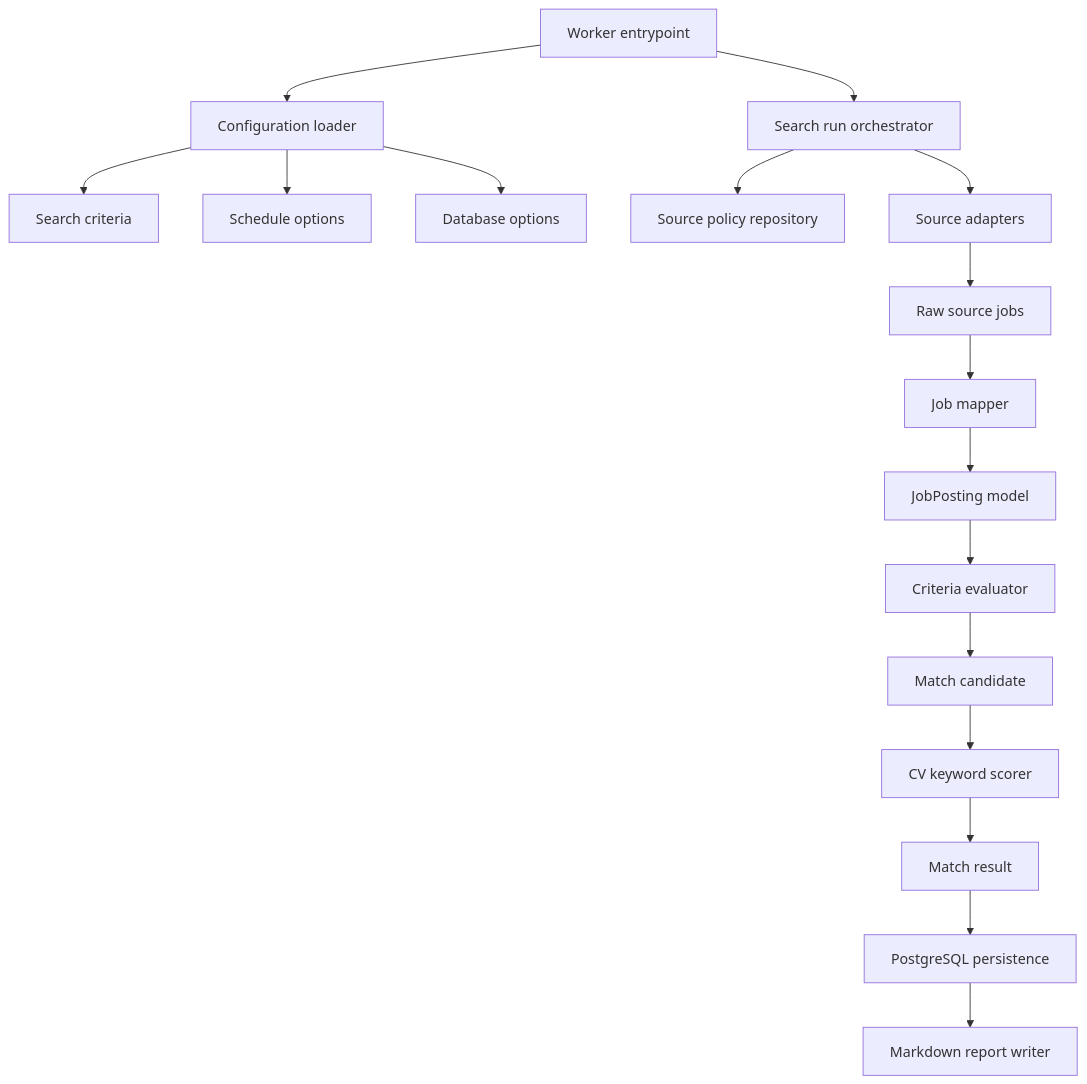
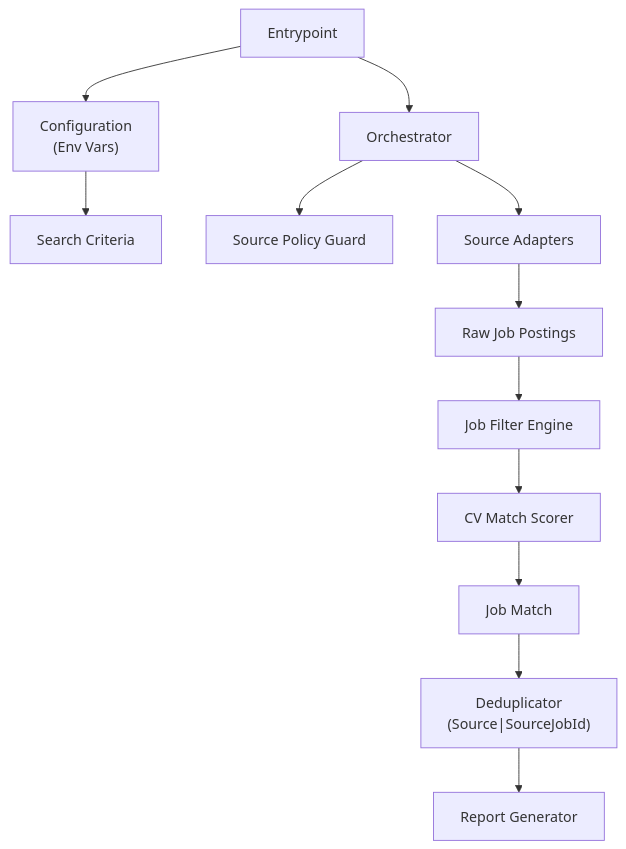
One commit to ekanatha-urivakili/AiJobSearchAgent changed the third of 6 diagrams in docs/job-search-agent-architecture.md. Above: the diagram before and after it, drawn with Mermaid. The commit also changed other lines of this file and 21 other files, not shown here.

````diff
--- a/docs/job-search-agent-architecture.md
+++ b/docs/job-search-agent-architecture.md
@@ -57,19 +84,14 @@
 ```mermaid
 flowchart TD
-    App["Worker entrypoint"] --> Config["Configuration loader"]
-    Config --> SearchCriteria["Search criteria"]
-    Config --> ScheduleOptions["Schedule options"]
-    Config --> DatabaseOptions["Database options"]
-    App --> Runner["Search run orchestrator"]
-    Runner --> SourcePolicyRepository["Source policy repository"]
-    Runner --> SourceAdapters["Source adapters"]
-    SourceAdapters --> RawJobs["Raw source jobs"]
-    RawJobs --> JobMapper["Job mapper"]
-    JobMapper --> JobPosting["JobPosting model"]
-    JobPosting --> CriteriaEvaluator["Criteria evaluator"]
-    CriteriaEvaluator --> MatchCandidate["Match candidate"]
-    MatchCandidate --> CvScorer["CV keyword scorer"]
-    CvScorer --> MatchResult["Match result"]
-    MatchResult --> Persistence["PostgreSQL persistence"]
-    Persistence --> Reporter["Markdown report writer"]
+    App["Entrypoint"] --> Config["Configuration\n(Env Vars)"]
+    Config --> Criteria["Search Criteria"]
+    App --> Orchestrator["Orchestrator"]
+    Orchestrator --> Policy["Source Policy Guard"]
+    Orchestrator --> Adapters["Source Adapters"]
+    Adapters --> RawJobs["Raw Job Postings"]
+    RawJobs --> Filter["Job Filter Engine"]
+    Filter --> Scorer["CV Match Scorer"]
+    Scorer --> Match["Job Match"]
+    Match --> Dedupe["Deduplicator\n(Source|SourceJobId)"]
+    Dedupe --> Report["Report Generator"]
 ```
````
